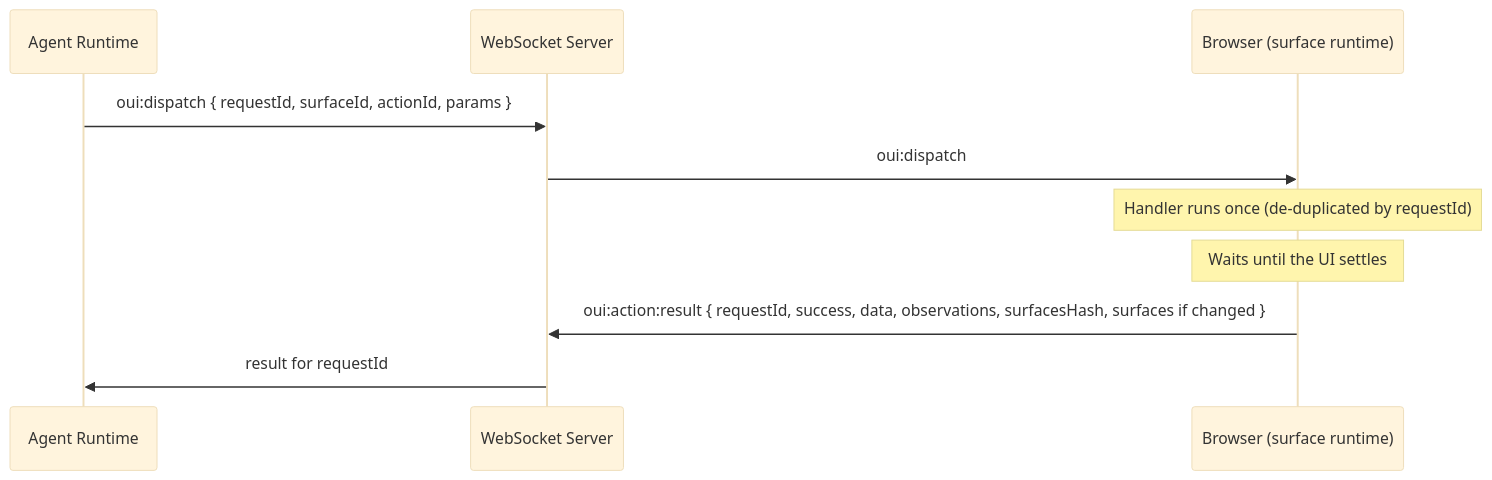
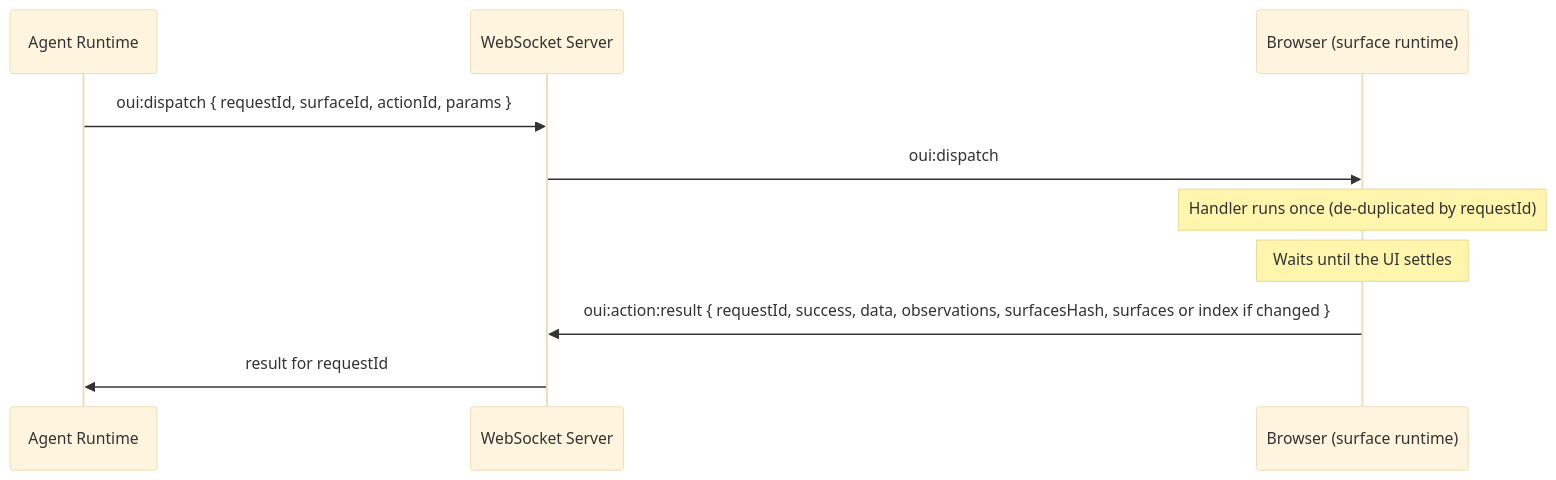
Before and after one commit to wesreid/oui: the second of 2 diagrams in packages/oui-spec/README.md, drawn with Mermaid (base theme). The commit also changed other lines of this file and 26 other files, not shown here.

First line of the commit message:
feat(oui-spec): the index form, oui.describe and oui.read, and frames fitted to a byte budget (0.7.0)

````diff
--- a/packages/oui-spec/README.md
+++ b/packages/oui-spec/README.md
@@ -249,13 +261,13 @@
 ```mermaid
 sequenceDiagram
     participant Agent as Agent Runtime
     participant WS as WebSocket Server
     participant Browser as Browser (surface runtime)
 
     Agent->>WS: oui:dispatch { requestId, surfaceId, actionId, params }
     WS->>Browser: oui:dispatch
     Note over Browser: Handler runs once (de-duplicated by requestId)
     Note over Browser: Waits until the UI settles
-    Browser->>WS: oui:action:result { requestId, success, data, observations, surfacesHash, surfaces if changed }
+    Browser->>WS: oui:action:result { requestId, success, data, observations, surfacesHash, surfaces or index if changed }
     WS->>Agent: result for requestId
 ```
````
